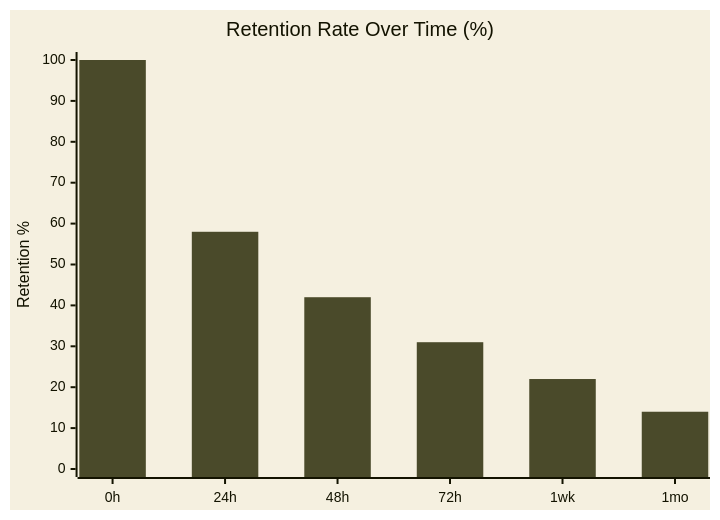
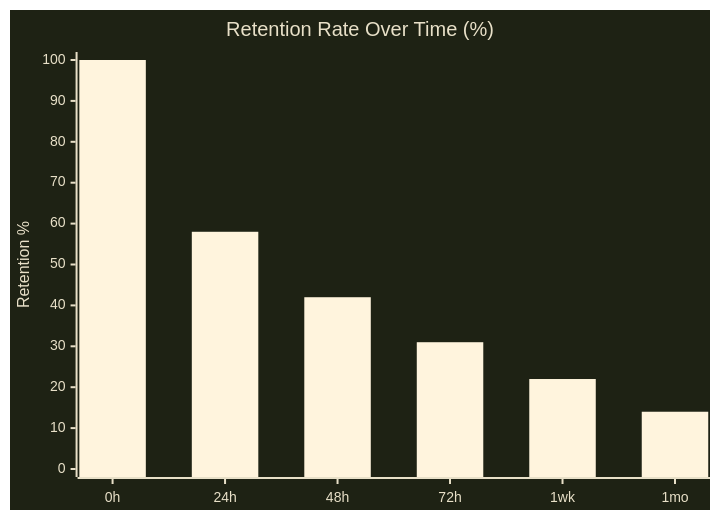
One commit to pjdoland/slidev-theme-field-manual changed the third of 3 diagrams in example.md. Above: the diagram before and after it, drawn with Mermaid. The commit also changed other lines of this file and 6 other files, not shown here.

````diff
--- a/example.md
+++ b/example.md
@@ -770,8 +874,8 @@
 ```mermaid
-%%{init: {'theme': 'base', 'xyChart': {'useMaxWidth': true, 'backgroundColor': '#f5f0e0', 'plotColorPalette': '#4a4a2a'}, 'themeVariables': {'xyChart': {'backgroundColor': '#f5f0e0', 'plotColorPalette': '#4a4a2a'}}}}%%
+%%{init: {'theme': 'base', 'xyChart': {'useMaxWidth': true, 'backgroundColor': '#1e2214', 'plotColorPalette': '#8a7a50'}, 'themeVariables': {'primaryTextColor': '#e8e0c8', 'background': '#1e2214'}}}%%
 xychart-beta
     title "Retention Rate Over Time (%)"
     x-axis ["0h", "24h", "48h", "72h", "1wk", "1mo"]
     y-axis "Retention %" 0 --> 100
     bar [100, 58, 42, 31, 22, 14]
 ```
````
